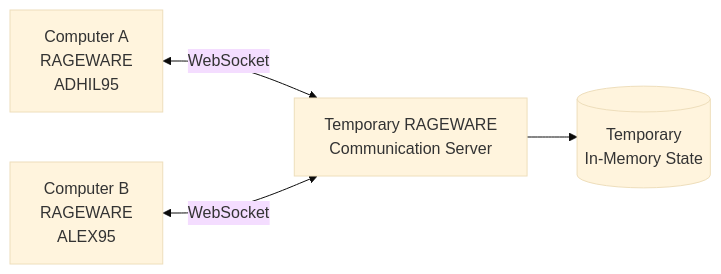
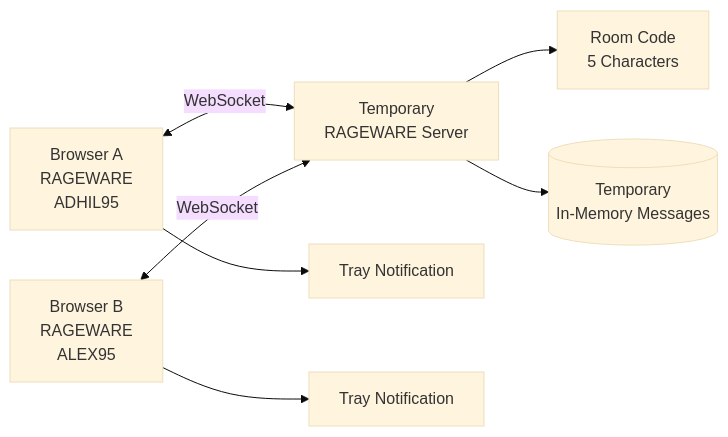
Before and after one commit to Mohamed-Arif-J/RageWare_OS: the third of 4 diagrams in README.md, drawn with Mermaid (base theme). The commit also changed other lines of this file, not shown here.

Commit message:
Restructure README to hackathon template and improve OS diagrams

````diff
--- a/README.md
+++ b/README.md
@@ -460,9 +398,10 @@
 ```mermaid
 flowchart LR
+    A[Browser A<br/>RAGEWARE<br/>ADHIL95] <-->|WebSocket| S[Temporary<br/>RAGEWARE Server]
+    B[Browser B<br/>RAGEWARE<br/>ALEX95] <-->|WebSocket| S
+    S --> R[Room Code<br/>5 Characters]
+    S --> M[(Temporary<br/>In-Memory Messages)]
 
-A[Computer A<br/>RAGEWARE<br/>ADHIL95] <-->|WebSocket| S[Temporary RAGEWARE<br/>Communication Server]
-
-B[Computer B<br/>RAGEWARE<br/>ALEX95] <-->|WebSocket| S
-
-S --> M[(Temporary<br/>In-Memory State)]
+    A --> N1[Tray Notification]
+    B --> N2[Tray Notification]
 ```
````
